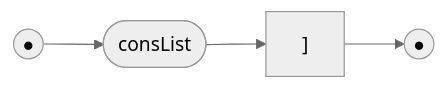
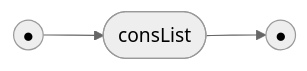
One commit to billhails/CEKF changed diagram 47 of 59 in docs/railroad.md. Above: the diagram before and after it, drawn with Mermaid (neutral theme). The commit also changed other lines of this file and 1 other file, not shown here.

````diff
--- a/docs/railroad.md
+++ b/docs/railroad.md
@@ -662,6 +689,6 @@
 ```mermaid
 flowchart LR
 s(("●"))
 e(("●"))
-s --> cons([consList]) --> rsq["]"] --> e
+s --> cons([consList]) --> e
 ```
````
